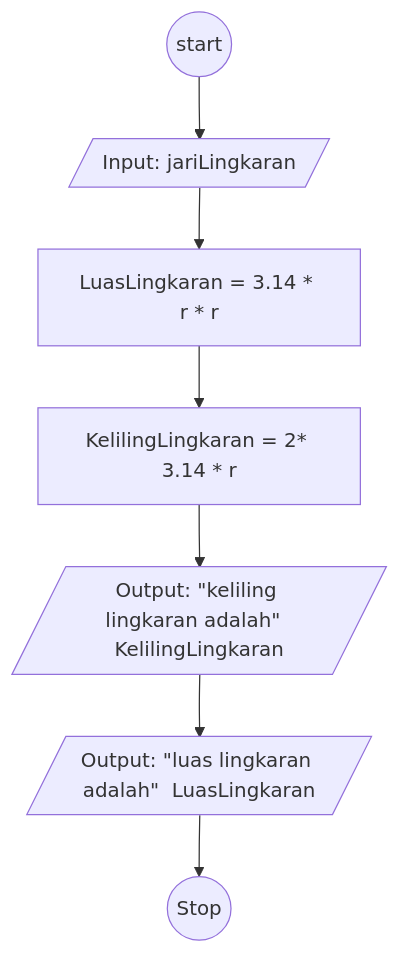
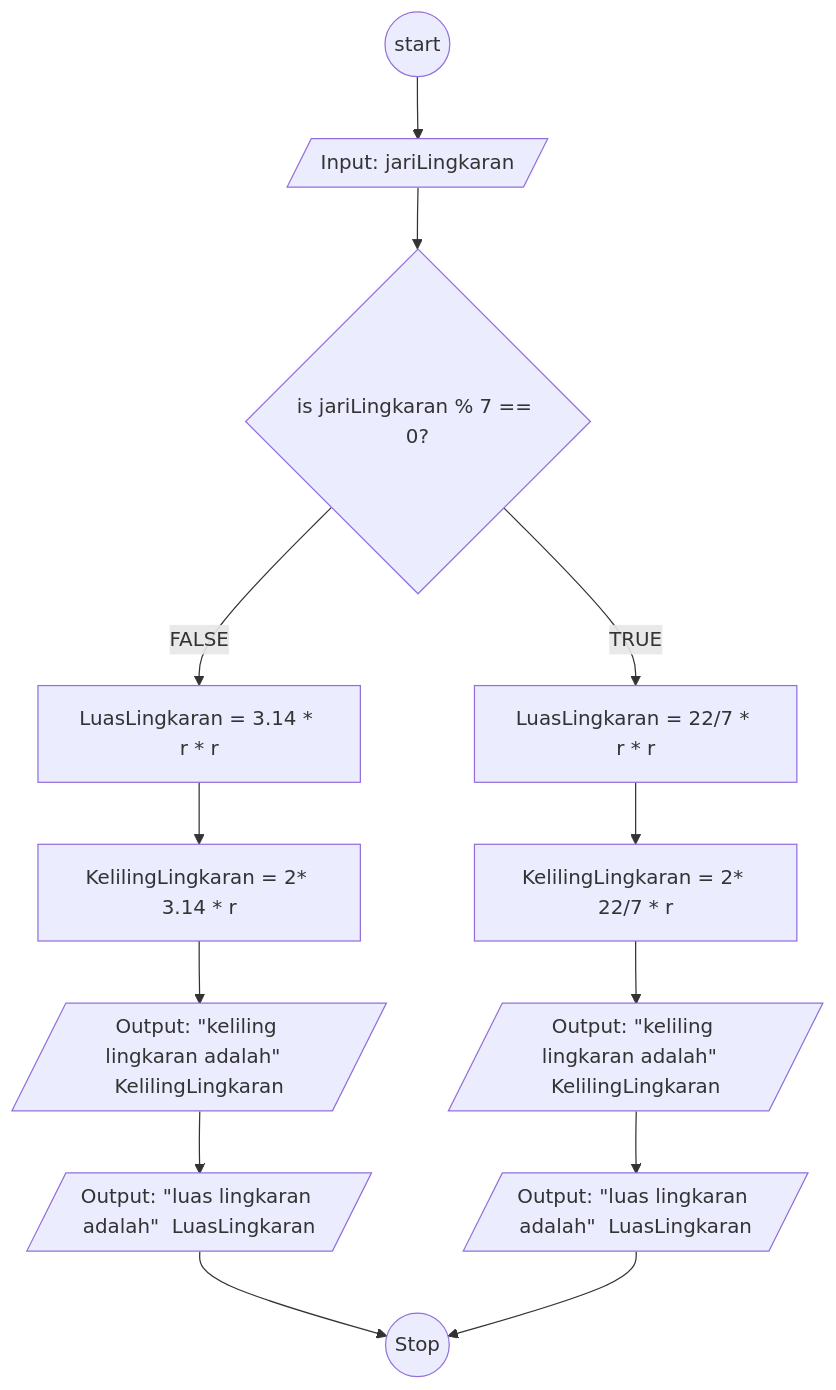
One commit to makarim22/koda-b6-javascript1 changed the diagram in readme.md. Above: the diagram before and after it, drawn with Mermaid.

````diff
--- a/readme.md
+++ b/readme.md
@@ -3,20 +3,32 @@
 ```mermaid
 flowchart TD
 
 A@{ shape: circle, label: "start"} --> B
 
-B@{ shape: lean-r, label: "Input: jariLingkaran" } --> C
+B@{ shape: lean-r, label: "Input: jariLingkaran" } --> H
 
+H@{ shape : diamond, label: "is jariLingkaran % 7 == 0?"}
+
+H -- FALSE --> C
+
+H -- TRUE --> U
 
 C@{ shape: rect, label: "LuasLingkaran = 3.14 * r * r" } --> F
 
 F@{ shape: rect, label: "KelilingLingkaran = 2* 3.14 * r" } --> K
 
+U@{ shape: rect, label: "LuasLingkaran = 22/7 * r * r" } --> I
+
+I@{ shape: rect, label: "KelilingLingkaran = 2* 22/7 * r" } --> O
+
 K@{ shape: lean-r, label: "Output: \"keliling lingkaran adalah\"  KelilingLingkaran" } --> L
 
 L@{ shape: lean-r, label: "Output: \"luas lingkaran adalah\"  LuasLingkaran" } --> J
 
+O@{ shape: lean-r, label: "Output: \"keliling lingkaran adalah\"  KelilingLingkaran" }  --> P
+
+P@{ shape: lean-r, label: "Output: \"luas lingkaran adalah\"  LuasLingkaran" } --> J
 
 J@{ shape: circle, label: "Stop" }
 
 ```
````
